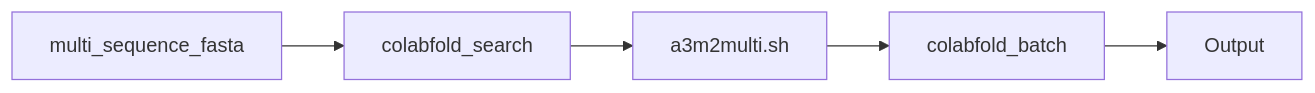
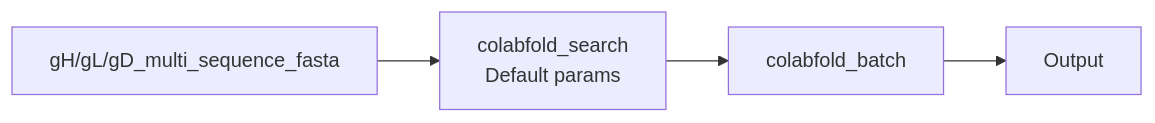
Before and after one commit to ntnn19/Tom_Topf: the first of 6 diagrams in README.md, drawn with Mermaid. The commit also changed other lines of this file, not shown here.

````diff
--- a/README.md
+++ b/README.md
@@ -12,4 +15,5 @@
 ```mermaid
 graph LR;
-    multi_sequence_fasta --> colabfold_search --> a3m2multi.sh --> colabfold_batch --> Output;
+    gH/gL/gD_multi_sequence_fasta --> id1["colabfold_search
+    Default params"] --> colabfold_batch --> Output;
 ```
````
